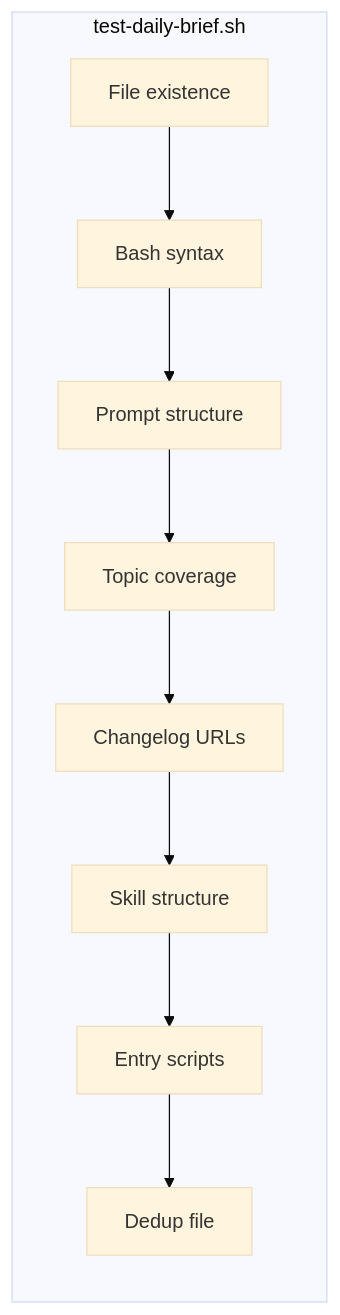
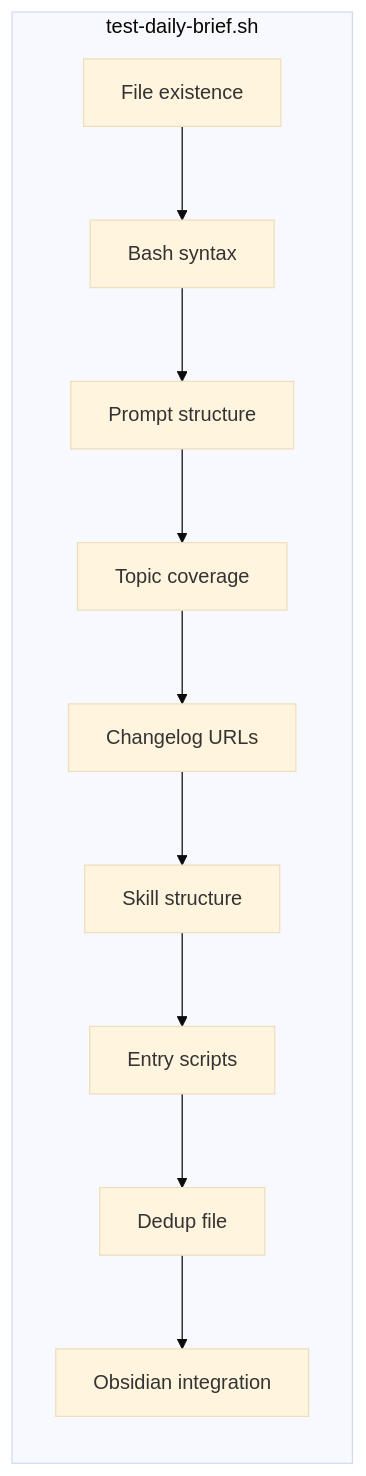
One commit to hoangsonww/ai-news-briefing changed the third of 6 diagrams in TESTS.md. Above: the diagram before and after it, drawn with Mermaid (base theme). The commit also changed other lines of this file and 22 other files, not shown here.

````diff
--- a/TESTS.md
+++ b/TESTS.md
@@ -115,12 +123,13 @@
 ```mermaid
 flowchart LR
     subgraph "test-daily-brief.sh"
         A["File existence"] --> B["Bash syntax"]
         B --> C["Prompt structure"]
         C --> D["Topic coverage"]
         D --> E["Changelog URLs"]
         E --> F["Skill structure"]
         F --> G["Entry scripts"]
         G --> H["Dedup file"]
+        H --> I["Obsidian integration"]
     end
 ```
````
